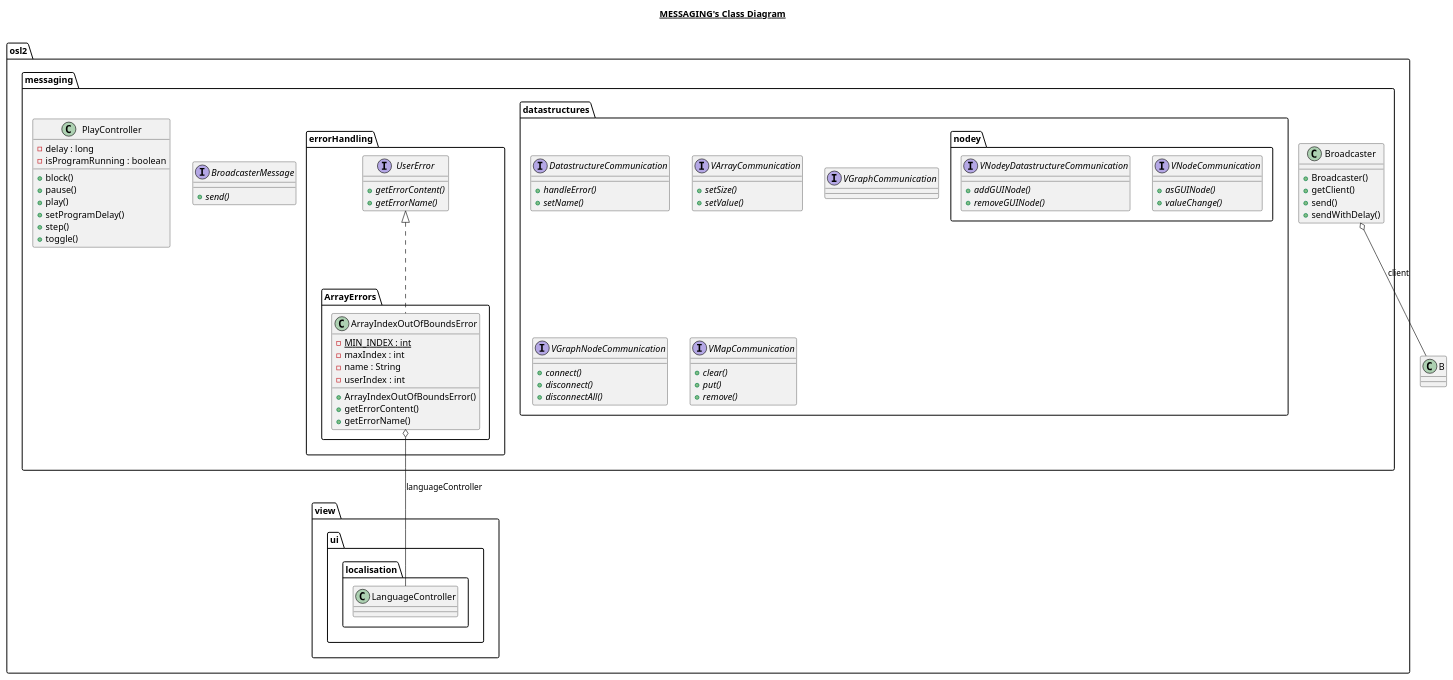
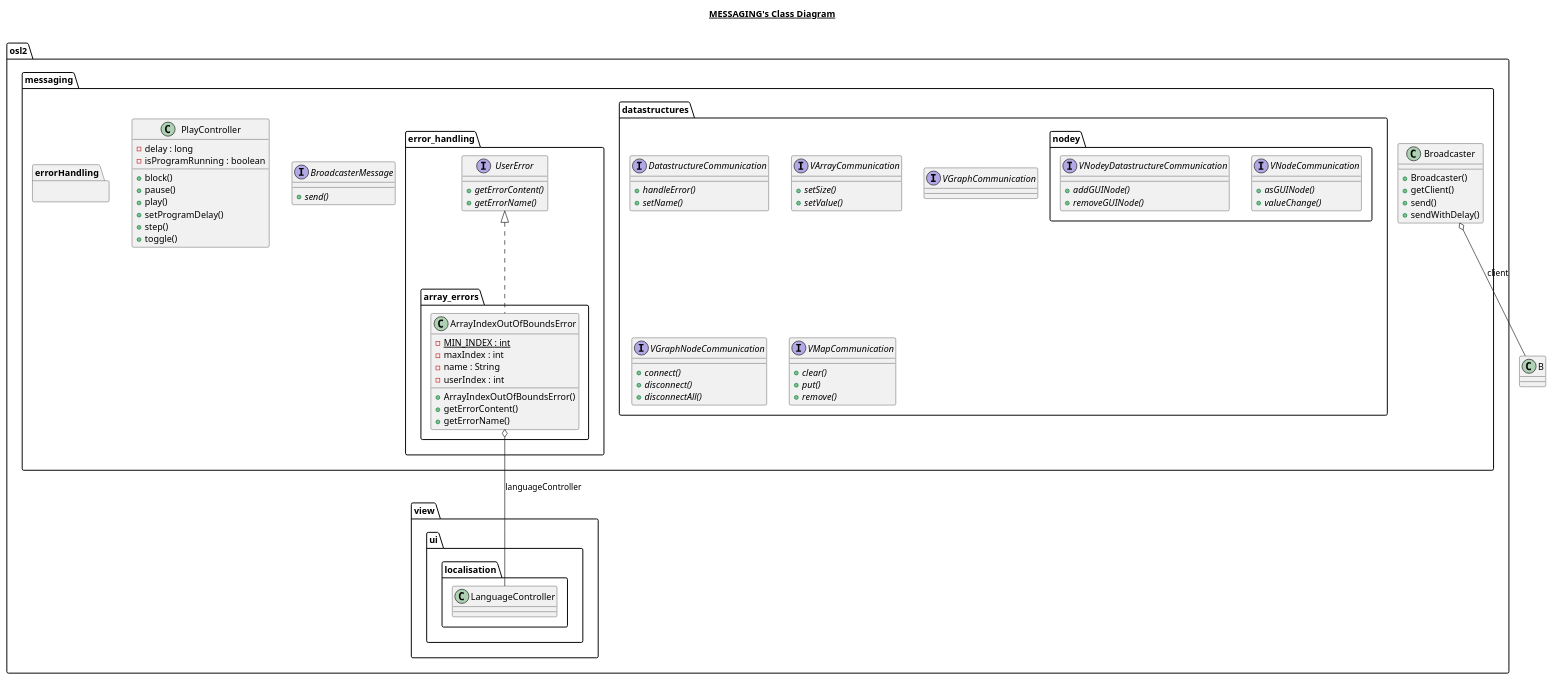
One commit to osl2/BlueJ-Chicago changed the diagram in diagrams/class_diagrams/messaging.plantuml. Above: the diagram before and after it, drawn with PlantUML. The commit also changed 47 other files, not shown here.

```diff
--- a/diagrams/class_diagrams/messaging.plantuml
+++ b/diagrams/class_diagrams/messaging.plantuml
@@ -1,82 +1,82 @@
 @startuml
 
 title __MESSAGING's Class Diagram__\n
 
 namespace osl2 {
   namespace messaging {
     namespace datastructures {
           namespace nodey {
             interface osl2.messaging.datastructures.nodey.VNodeCommunication {
                 {abstract} + asGUINode()
                 {abstract} + valueChange()
             }
             interface osl2.messaging.datastructures.nodey.VNodeyDatastructureCommunication {
                 {abstract} + addGUINode()
                 {abstract} + removeGUINode()
             }
           }
       interface osl2.messaging.datastructures.DatastructureCommunication {
           {abstract} + handleError()
           {abstract} + setName()
       }
       interface osl2.messaging.datastructures.VArrayCommunication {
           {abstract} + setSize()
           {abstract} + setValue()
       }
       interface osl2.messaging.datastructures.VGraphCommunication {
       }
       interface osl2.messaging.datastructures.VGraphNodeCommunication {
           {abstract} + connect()
           {abstract} + disconnect()
           {abstract} + disconnectAll()
       }
       interface osl2.messaging.datastructures.VMapCommunication {
           {abstract} + clear()
           {abstract} + put()
           {abstract} + remove()
       }
     }
     namespace errorHandling {
-        class osl2.messaging.errorHandling.ArrayErrors.ArrayIndexOutOfBoundsError {
+        class osl2.messaging.error_handling.array_errors.ArrayIndexOutOfBoundsError {
             {static} - MIN_INDEX : int
             - maxIndex : int
             - name : String
             - userIndex : int
             + ArrayIndexOutOfBoundsError()
             + getErrorContent()
             + getErrorName()
         }
-        interface osl2.messaging.errorHandling.UserError {
+        interface osl2.messaging.error_handling.UserError {
             {abstract} + getErrorContent()
             {abstract} + getErrorName()
         }
     }
     class osl2.messaging.Broadcaster {
         + Broadcaster()
         + getClient()
         + send()
         + sendWithDelay()
     }
     interface osl2.messaging.BroadcasterMessage {
         {abstract} + send()
     }
     class osl2.messaging.PlayController {
         - delay : long
         - isProgramRunning : boolean
         + block()
         + pause()
         + play()
         + setProgramDelay()
         + step()
         + toggle()
     }
   }
 }
 
 osl2.messaging.Broadcaster o-- B : client
 
-osl2.messaging.errorHandling.ArrayErrors.ArrayIndexOutOfBoundsError .up.|> osl2.messaging.errorHandling.UserError
-osl2.messaging.errorHandling.ArrayErrors.ArrayIndexOutOfBoundsError o-- osl2.view.ui.localisation.LanguageController : languageController
+osl2.messaging.error_handling.array_errors.ArrayIndexOutOfBoundsError .up.|> osl2.messaging.error_handling.UserError
+osl2.messaging.error_handling.array_errors.ArrayIndexOutOfBoundsError o-- osl2.view.ui.localisation.LanguageController : languageController
 
 
 @enduml
```
